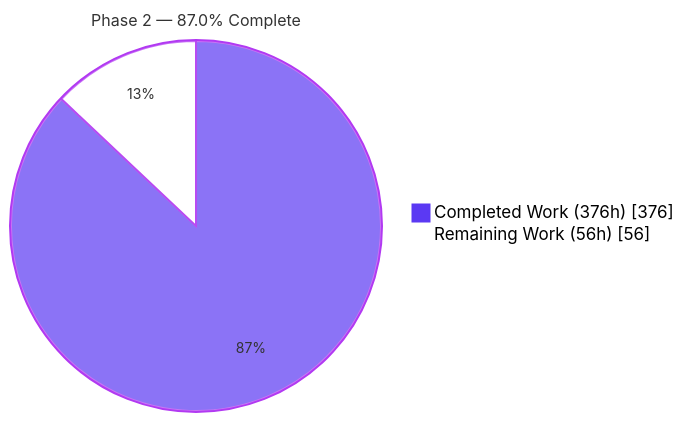
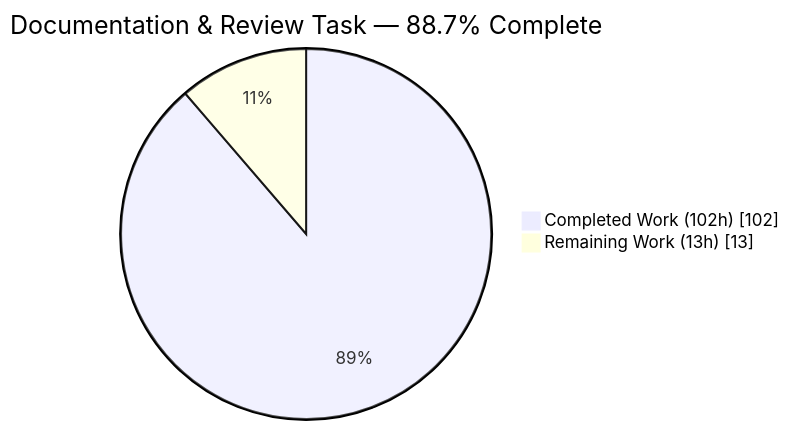
Before and after one commit to Blitzy-Sandbox/blitzy-odoo: the first of 3 diagrams in blitzy/documentation/Project Guide.md, drawn with Mermaid. The commit also changed other lines of this file, not shown here.

Commit message:
Adding Blitzy Project Guide: Project Status and Human Tasks Remaining

````diff
--- a/blitzy/documentation/Project Guide.md
+++ b/blitzy/documentation/Project Guide.md
@@ -52,6 +15,5 @@
 ```mermaid
-%%{init: {'theme':'base','themeVariables':{'pie1':'#5B39F3','pie2':'#FFFFFF','pieStrokeColor':'#B23AF2','pieOuterStrokeColor':'#B23AF2','pieOuterStrokeWidth':'2px','pieTitleTextSize':'16px','pieSectionTextSize':'14px','pieLegendTextColor':'#000000'}}}%%
-pie showData title Phase 2 — 87.0% Complete
-    "Completed Work (376h)" : 376
-    "Remaining Work (56h)" : 56
+pie showData title Documentation & Review Task — 88.7% Complete
+    "Completed Work (102h)" : 102
+    "Remaining Work (13h)" : 13
 ```
````
